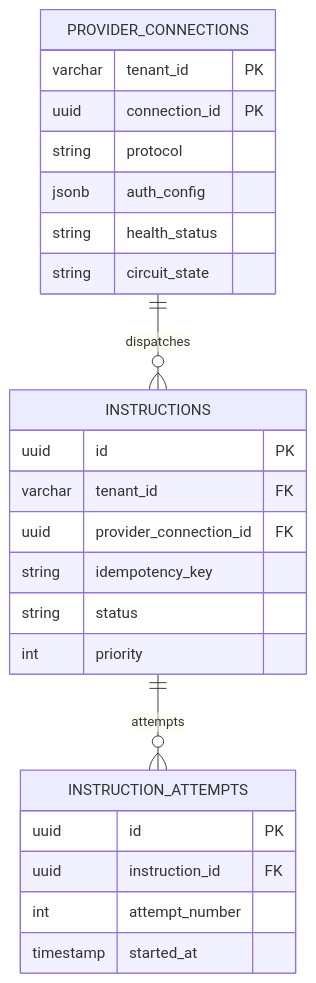
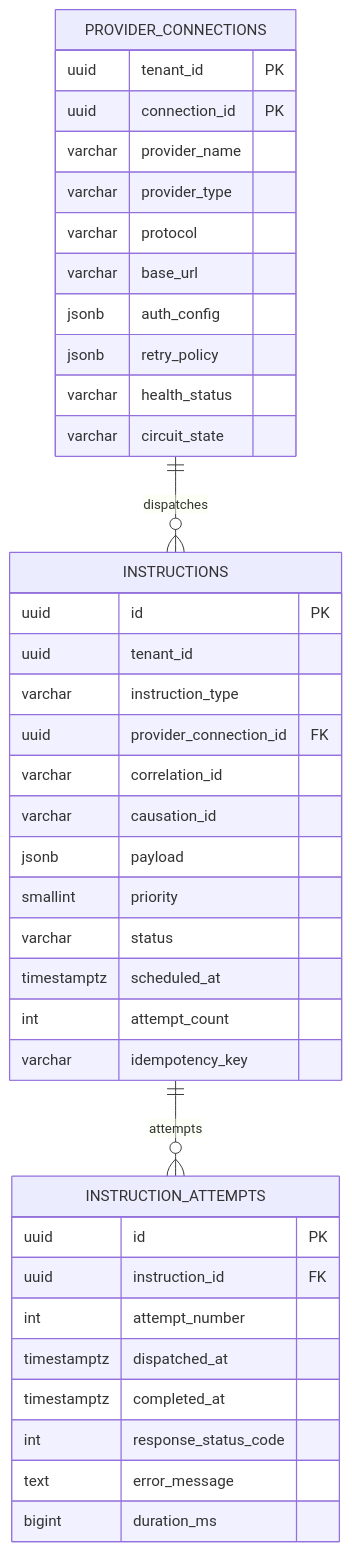
Diagram 12 of 13 in docs/architecture/data-model.md (meridianhub/meridian), drawn with Mermaid before and after one commit. The commit also changed other lines of this file, not shown here.

First line of the commit message:
docs: Fill ER diagram attribute blocks with canonical schema

````diff
--- a/docs/architecture/data-model.md
+++ b/docs/architecture/data-model.md
@@ -631,27 +893,41 @@
 ```mermaid
 erDiagram
     PROVIDER_CONNECTIONS ||--o{ INSTRUCTIONS : dispatches
     INSTRUCTIONS ||--o{ INSTRUCTION_ATTEMPTS : attempts
     PROVIDER_CONNECTIONS {
-        varchar tenant_id PK
+        uuid tenant_id PK
         uuid connection_id PK
-        string protocol
+        varchar provider_name
+        varchar provider_type
+        varchar protocol
+        varchar base_url
         jsonb auth_config
-        string health_status
-        string circuit_state
+        jsonb retry_policy
+        varchar health_status
+        varchar circuit_state
     }
     INSTRUCTIONS {
         uuid id PK
-        varchar tenant_id FK
+        uuid tenant_id
+        varchar instruction_type
         uuid provider_connection_id FK
-        string idempotency_key
-        string status
-        int priority
+        varchar correlation_id
+        varchar causation_id
+        jsonb payload
+        smallint priority
+        varchar status
+        timestamptz scheduled_at
+        int attempt_count
+        varchar idempotency_key
     }
     INSTRUCTION_ATTEMPTS {
         uuid id PK
         uuid instruction_id FK
         int attempt_number
-        timestamp started_at
+        timestamptz dispatched_at
+        timestamptz completed_at
+        int response_status_code
+        text error_message
+        bigint duration_ms
     }
 ```
````
